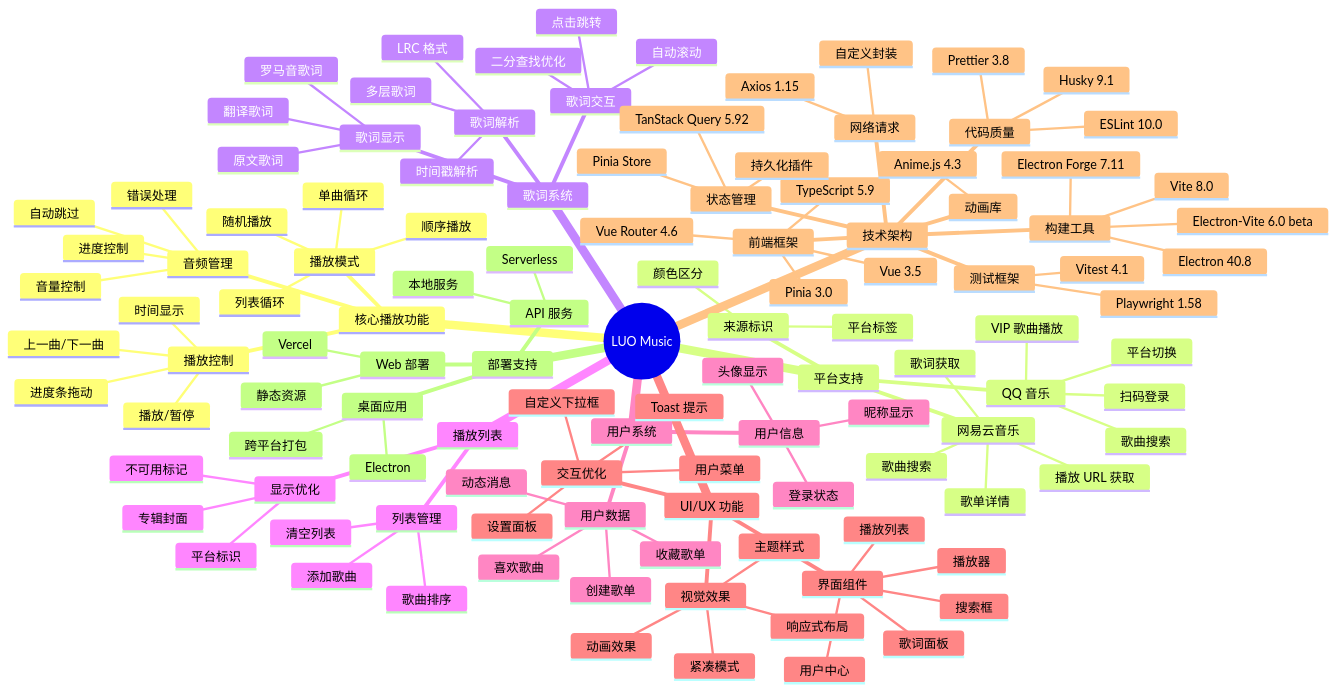
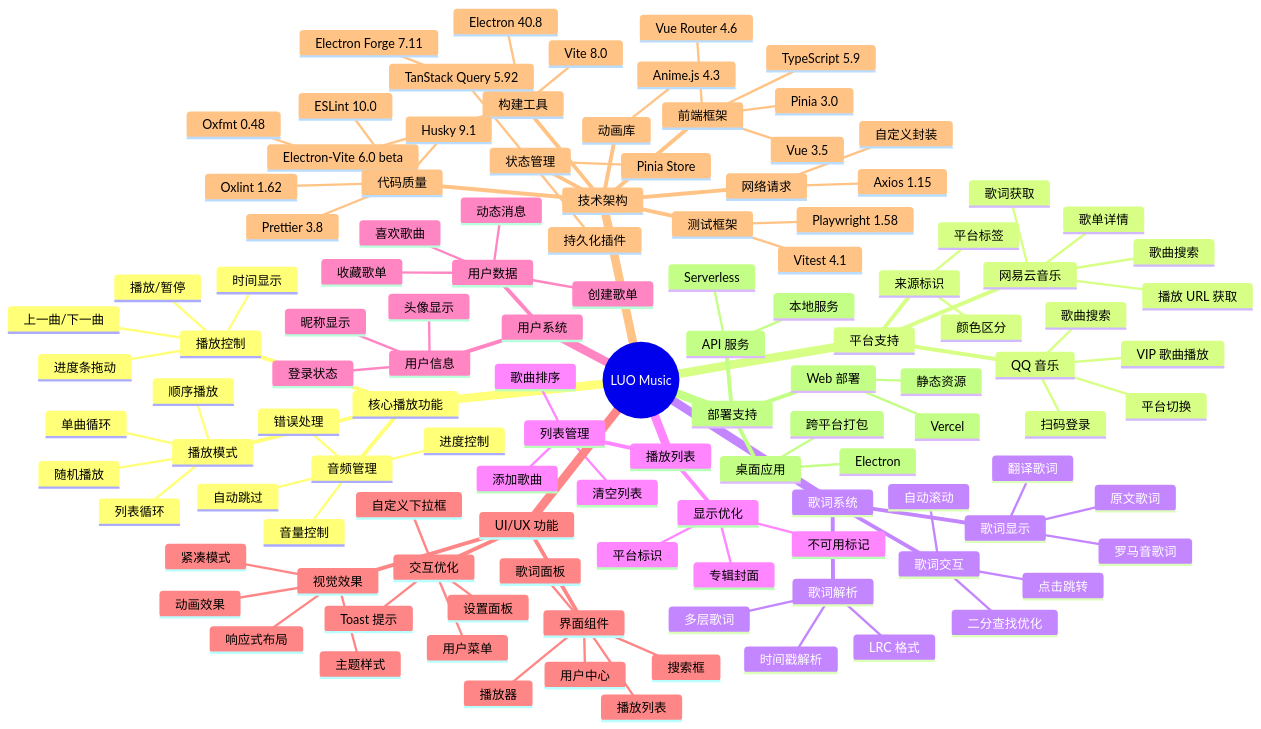
The diagram in README.md (sansenjian/Luo-Music), drawn with Mermaid before and after one commit. The commit also changed other lines of this file and 107 other files, not shown here.

```diff
--- a/README.md
+++ b/README.md
@@ -178,8 +178,10 @@
         Axios 1.15
         自定义封装
       代码质量
+        Oxlint 1.62
         ESLint 10.0
         Prettier 3.8
+        Oxfmt 0.48
         Husky 9.1
       测试框架
         Vitest 4.1
```
